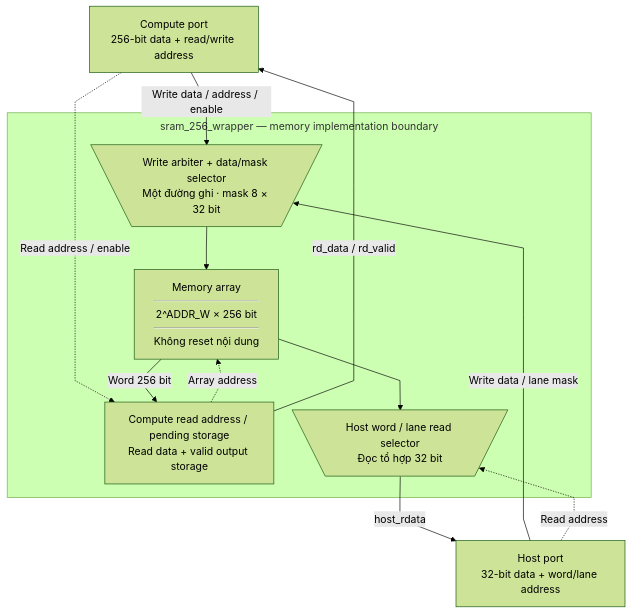
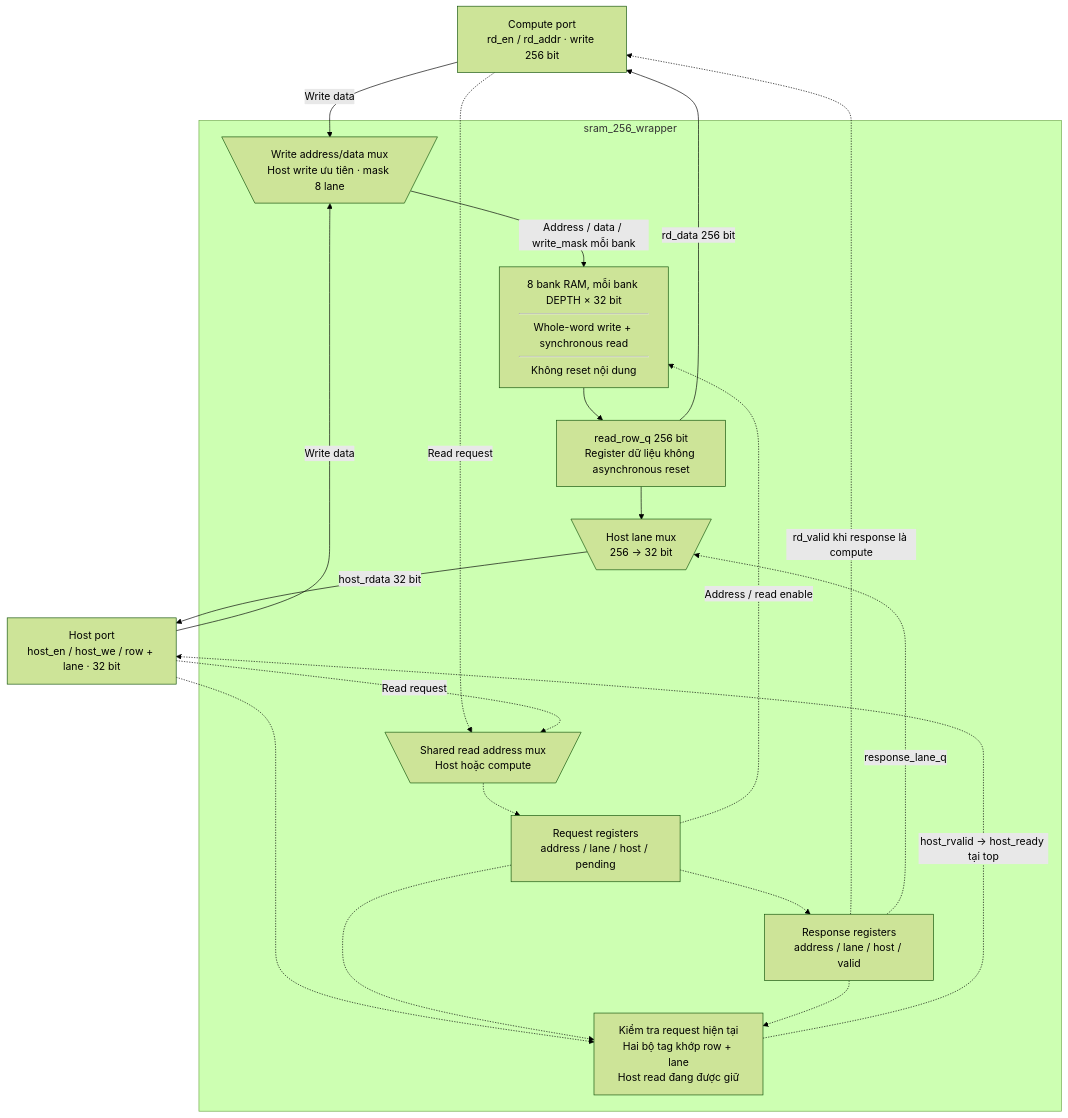
Before and after one commit to nguyennhutkhanhtom/NPU: the first of 2 diagrams in docs/source_guide/blocks/sram_256_wrapper.sv.md, drawn with Mermaid (forest theme). The commit also changed other lines of this file and 123 other files, not shown here.

````diff
--- a/docs/source_guide/blocks/sram_256_wrapper.sv.md
+++ b/docs/source_guide/blocks/sram_256_wrapper.sv.md
@@ -15,22 +15,33 @@
 ```mermaid
 flowchart TB
-%%{init: {"flowchart": {"subGraphTitleMargin": {"top": 8, "bottom": 20}, "nodeSpacing": 28, "rankSpacing": 42, "curve": "linear"}}}%%
-    C["Compute port<br/>256-bit data + read/write address"]
-    H["Host port<br/>32-bit data + word/lane address"]
-    subgraph SRAM["sram_256_wrapper — memory implementation boundary"]
-        WM@{ shape: trap-t, label: "Write arbiter + data/mask selector<br/>Một đường ghi · mask 8 × 32 bit" }
-        MEM@{ shape: rect, label: "Memory array<hr/>2^ADDR_W × 256 bit<hr/>Không reset nội dung" }
-        RD["Compute read address / pending storage<br/>Read data + valid output storage"]
-        HR@{ shape: trap-t, label: "Host word / lane read selector<br/>Đọc tổ hợp 32 bit" }
+    C["Compute port<br/>rd_en / rd_addr · write 256 bit"]
+    H["Host port<br/>host_en / host_we / row + lane · 32 bit"]
+    subgraph SRAM["sram_256_wrapper"]
+        WM@{ shape: trap-t, label: "Write address/data mux<br/>Host write ưu tiên · mask 8 lane" }
+        RM@{ shape: trap-t, label: "Shared read address mux<br/>Host hoặc compute" }
+        REQ["Request registers<br/>address / lane / host / pending"]
+        MEM@{ shape: rect, label: "8 bank RAM, mỗi bank DEPTH × 32 bit<hr/>Whole-word write + synchronous read<hr/>Không reset nội dung" }
+        DATA["read_row_q 256 bit<br/>Register dữ liệu không asynchronous reset"]
+        TAG["Response registers<br/>address / lane / host / valid"]
+        LANE@{ shape: trap-t, label: "Host lane mux<br/>256 → 32 bit" }
+        MATCH["Kiểm tra request hiện tại<br/>Hai bộ tag khớp row + lane<br/>Host read đang được giữ" ]
     end
-    C -->|"Write data / address / enable"| WM
-    H -->|"Write data / lane mask"| WM
-    WM --> MEM
-    C -.->|"Read address / enable"| RD
-    RD -.->|"Array address"| MEM
-    MEM -->|"Word 256 bit"| RD
-    RD -->|"rd_data / rd_valid"| C
-    H -.->|"Read address"| HR
-    MEM --> HR
-    HR -->|"host_rdata"| H
+    C -->|"Write data"| WM
+    H -->|"Write data"| WM
+    WM -->|"Address / data / write_mask mỗi bank"| MEM
+    C -.->|"Read request"| RM
+    H -.->|"Read request"| RM
+    RM -.-> REQ
+    REQ -.->|"Address / read enable"| MEM
+    MEM --> DATA
+    REQ -.-> TAG
+    DATA -->|"rd_data 256 bit"| C
+    TAG -.->|"rd_valid khi response là compute"| C
+    DATA --> LANE
+    TAG -.->|"response_lane_q"| LANE
+    LANE -->|"host_rdata 32 bit"| H
+    H -.-> MATCH
+    REQ -.-> MATCH
+    TAG -.-> MATCH
+    MATCH -.->|"host_rvalid → host_ready tại top"| H
 ```
````
